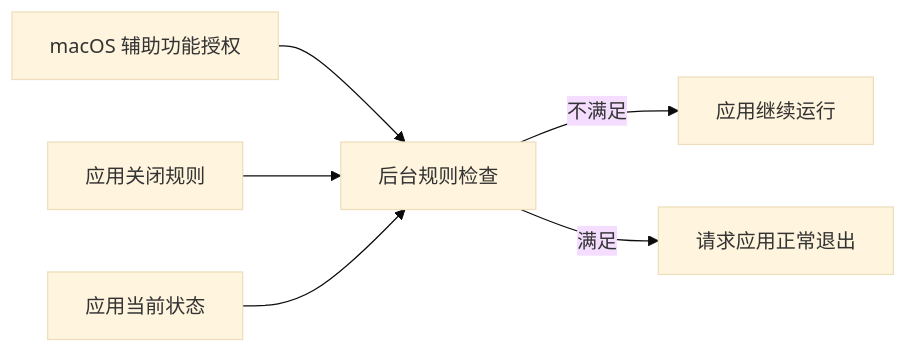
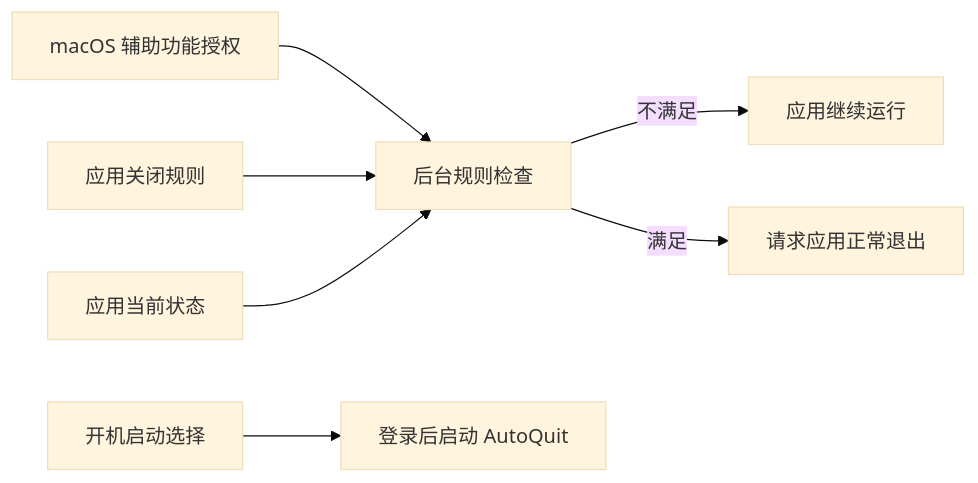
Before and after one commit to AFutureD/AutoQuit: the diagram in docs/feat/data-flows.md, drawn with Mermaid (base theme). The commit also changed other lines of this file and 11 other files, not shown here.

````diff
--- a/docs/feat/data-flows.md
+++ b/docs/feat/data-flows.md
@@ -7,8 +7,9 @@
 ```mermaid
 flowchart LR
     A["macOS 辅助功能授权"] --> D["后台规则检查"]
     B["应用关闭规则"] --> D
     C["应用当前状态"] --> D
     D -->|"不满足"| E["应用继续运行"]
     D -->|"满足"| F["请求应用正常退出"]
+    G["开机启动选择"] --> H["登录后启动 AutoQuit"]
 ```
````
